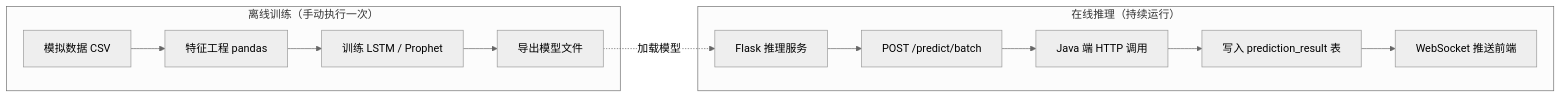
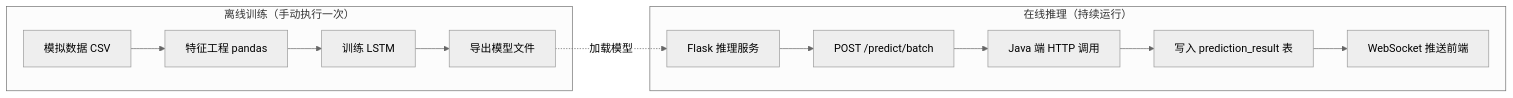
One commit to Ahaza3/-----------Agent changed the second of 4 diagrams in docs/02-系统架构设计.md. Above: the diagram before and after it, drawn with Mermaid (neutral theme). The commit also changed other lines of this file and 34 other files, not shown here.

````diff
--- a/docs/02-系统架构设计.md
+++ b/docs/02-系统架构设计.md
@@ -254,17 +254,17 @@
 ```mermaid
 graph LR
     subgraph 离线训练["离线训练（手动执行一次）"]
         A[模拟数据 CSV] --> B[特征工程 pandas]
-        B --> C[训练 LSTM / Prophet]
+        B --> C[训练 LSTM]
         C --> D[导出模型文件]
     end
 
     subgraph 在线推理["在线推理（持续运行）"]
         E[Flask 推理服务] --> F["POST /predict/batch"]
         F --> G[Java 端 HTTP 调用]
         G --> H[写入 prediction_result 表]
         H --> I[WebSocket 推送前端]
     end
 
     D -.->|加载模型| E
 ```
````
